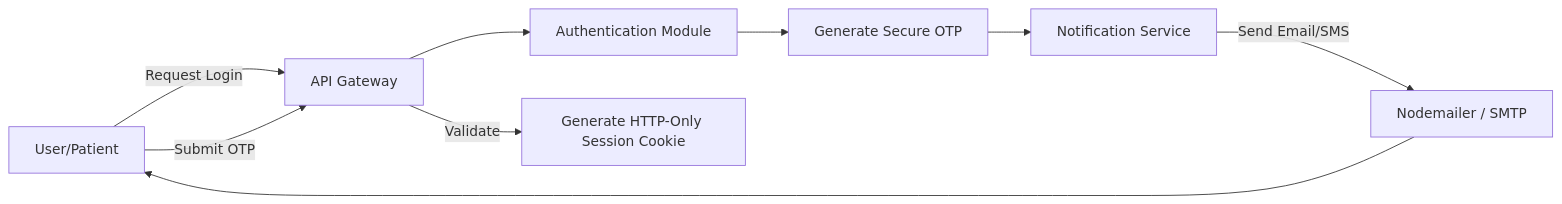
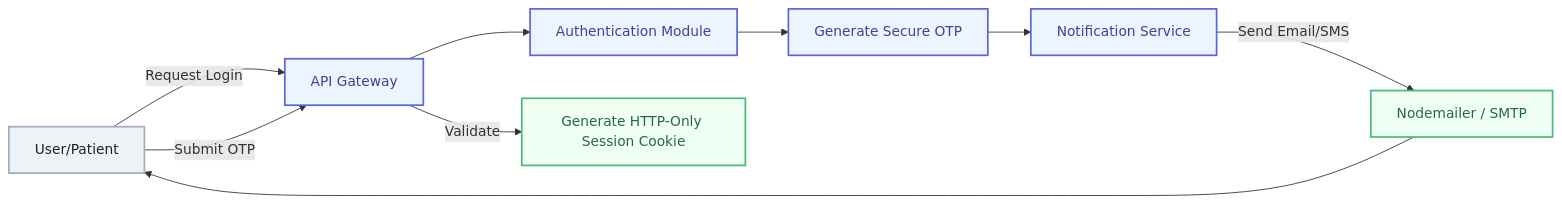
Before and after one commit to simply-mihir/ResQ: the fourth of 4 diagrams in README.md, drawn with Mermaid. The commit also changed other lines of this file, not shown here.

````diff
--- a/README.md
+++ b/README.md
@@ -146,11 +175,15 @@
 ```mermaid
 graph LR
-    User[User/Patient] -->|Request Login| Gateway[API Gateway]
-    Gateway --> AuthModule[Authentication Module]
-    AuthModule --> GenOTP[Generate Secure OTP]
-    GenOTP --> NotifySvc[Notification Service]
-    NotifySvc -->|Send Email/SMS| SMTP[Nodemailer / SMTP]
+    classDef user fill:#edf2f7,stroke:#a0aec0,stroke-width:2px,color:#1a202c
+    classDef system fill:#ebf4ff,stroke:#5a67d8,stroke-width:2px,color:#434190
+    classDef action fill:#f0fff4,stroke:#48bb78,stroke-width:2px,color:#276749
+    
+    User[User/Patient]:::user -->|Request Login| Gateway[API Gateway]:::system
+    Gateway --> AuthModule[Authentication Module]:::system
+    AuthModule --> GenOTP[Generate Secure OTP]:::system
+    GenOTP --> NotifySvc[Notification Service]:::system
+    NotifySvc -->|Send Email/SMS| SMTP[Nodemailer / SMTP]:::action
     SMTP --> User
     User -->|Submit OTP| Gateway
-    Gateway -->|Validate| GenSession[Generate HTTP-Only Session Cookie]
+    Gateway -->|Validate| GenSession[Generate HTTP-Only Session Cookie]:::action
 ```
````
